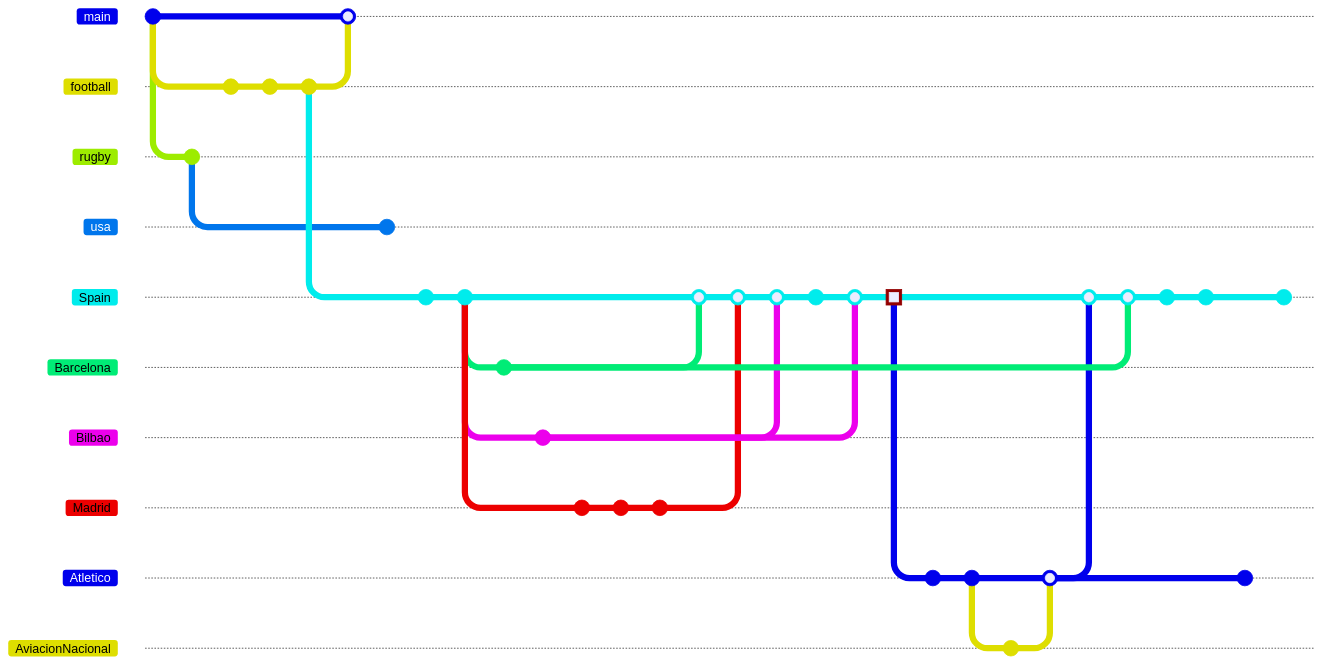
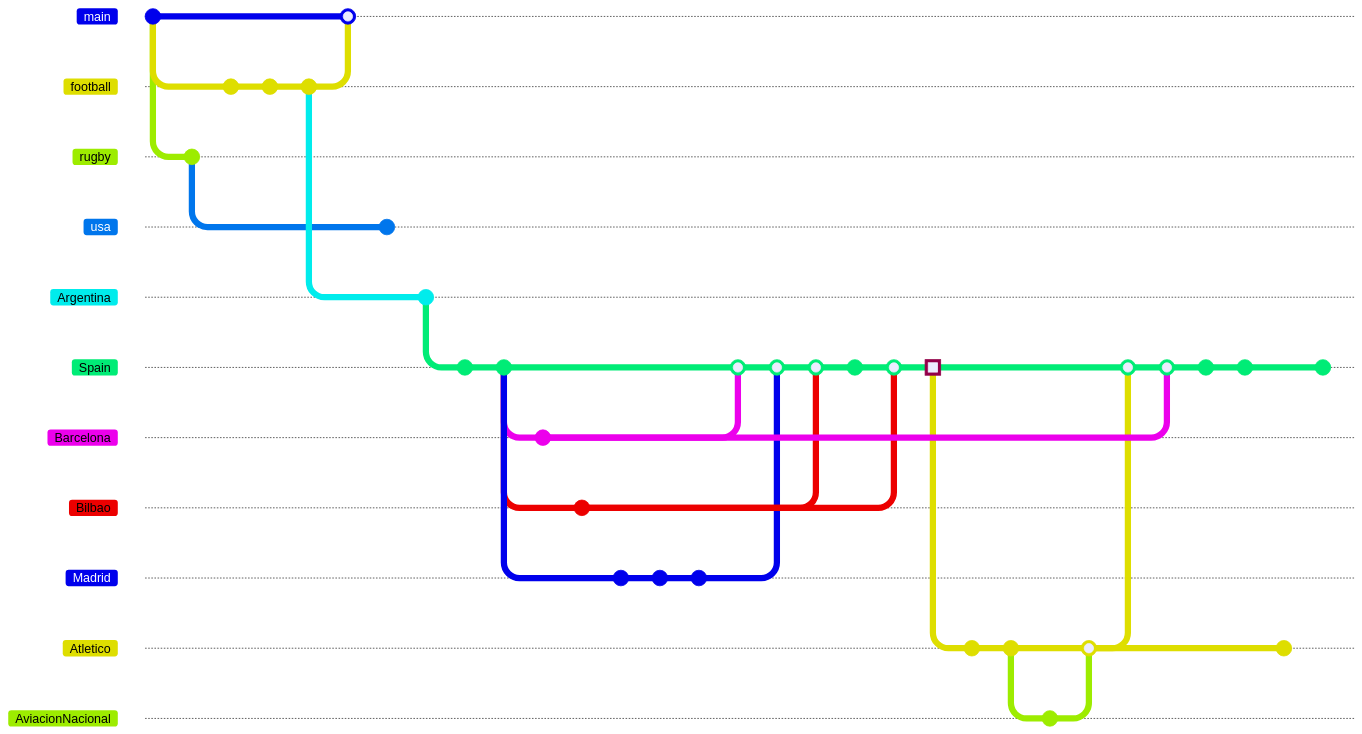
One commit to sarnobat/mermaid changed the first of 8 diagrams in README.md. Above: the diagram before and after it, drawn with Mermaid. Commit ids are hidden.

````diff
--- a/README.md
+++ b/README.md
@@ -14,62 +14,64 @@
 ```mermaid
 gitGraph:
     commit id: "begin"
     branch football
     checkout football
     branch rugby
     checkout rugby
     commit id: "1845 Rugby school football rules published"
     checkout football
     commit id: "1847 Eton school football rules published"
     commit id: "1863 October FA rules created"
     commit id: "1863 FA Founded in London"
     checkout main
     merge football
     checkout football
     checkout rugby
     branch usa
     checkout usa
     commit id: "1880 USA rugby cut from 15 to 11 players (American football)"
     checkout football
+    branch Argentina
+    commit id: "1887 First argentine club founded"
     branch Spain
     commit id: "1889 December 23 Recreativo Huelva founded"
     commit id: "1890 Sevilla founded"
     branch Barcelona
     checkout Barcelona
     commit id: "1898 Barcelona founded"
     checkout Spain
     branch Bilbao
     checkout Bilbao
     commit id: "1898 July 18 Bilbao founded"
     checkout Spain
     branch Madrid
     commit "club 1 founded"
     commit "club 2 founded"
     commit "1902 merged clubs"
     checkout Bilbao
     checkout Spain
     merge Barcelona
     merge Madrid
     merge Bilbao
     commit id: "1902 Copa"
     merge Bilbao
     commit id: "1903 Copa de la Coronacion" type: HIGHLIGHT
     branch Atletico
     checkout Atletico
     commit id: "Attended by Bilbao students in Madrid"
     commit id: "1908 Stripes vs Real"
     branch AviacionNacional
     checkout AviacionNacional
     commit id: "1938 Aviacion Nacional founded in Salamanca"
     checkout Atletico
     merge AviacionNacional
     checkout Spain
     merge Atletico
     merge Barcelona
     commit id: "1921 Copa del Rey final"
     commit id: "1928 Campeonato Nacional (League) founded"
     checkout Atletico
     commit id: "1940 Atletico Aviacion win last Madrid regional league"
     checkout Spain
     commit id: "1940 Regional leagues defuct"
 ```
````
